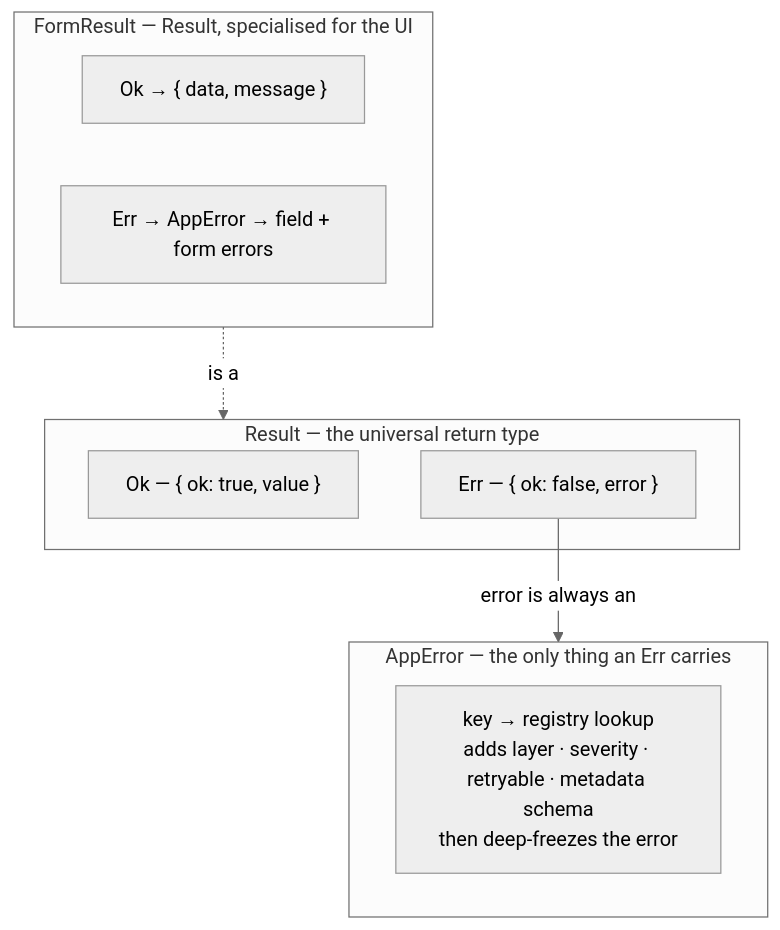
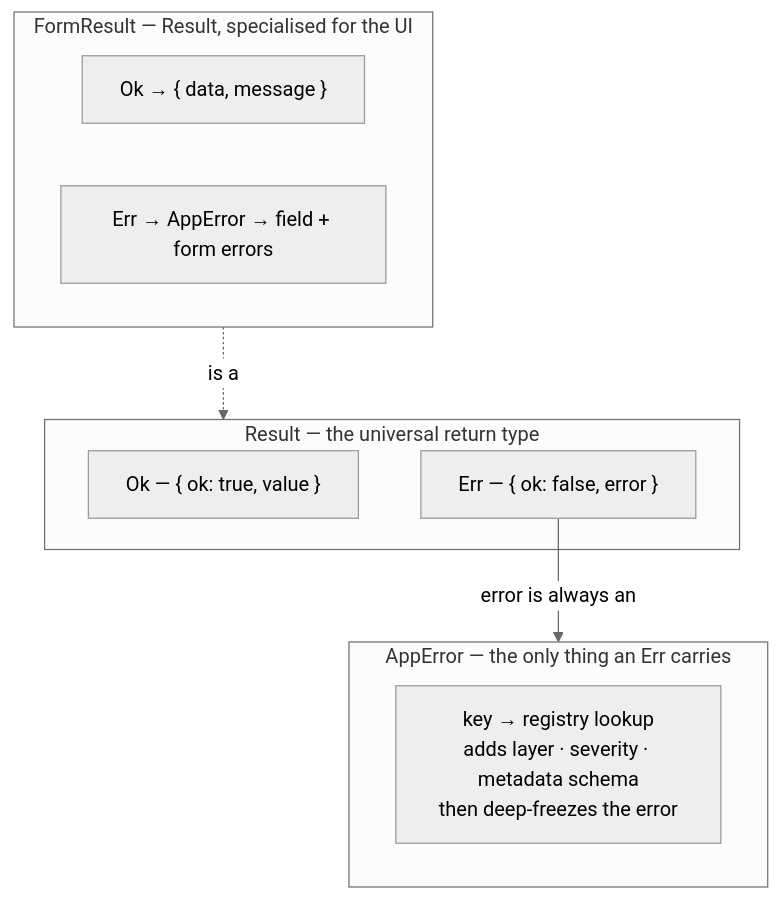
The first of 3 diagrams in docs/diagrams/error-handling-flow.md (andrewpetersondev/nextjs-dashboard), drawn with Mermaid (neutral theme) before and after one commit. The commit also changed other lines of this file and 7 other files, not shown here.

````diff
--- a/docs/diagrams/error-handling-flow.md
+++ b/docs/diagrams/error-handling-flow.md
@@ -20,19 +20,19 @@
 ```mermaid
 flowchart TD
     subgraph res["Result — the universal return type"]
         ok["Ok — { ok: true, value }"]
         err["Err — { ok: false, error }"]
     end
 
     subgraph ae["AppError — the only thing an Err carries"]
-        reg["key → registry lookup<br/>adds layer · severity · retryable · metadata schema<br/>then deep-freezes the error"]
+        reg["key → registry lookup<br/>adds layer · severity · metadata schema<br/>then deep-freezes the error"]
     end
 
     subgraph fr["FormResult — Result, specialised for the UI"]
         fok["Ok → { data, message }"]
         ferr["Err → AppError → field + form errors"]
     end
 
     err -->|"error is always an"| ae
     fr -.->|"is a"| res
 ```
````
